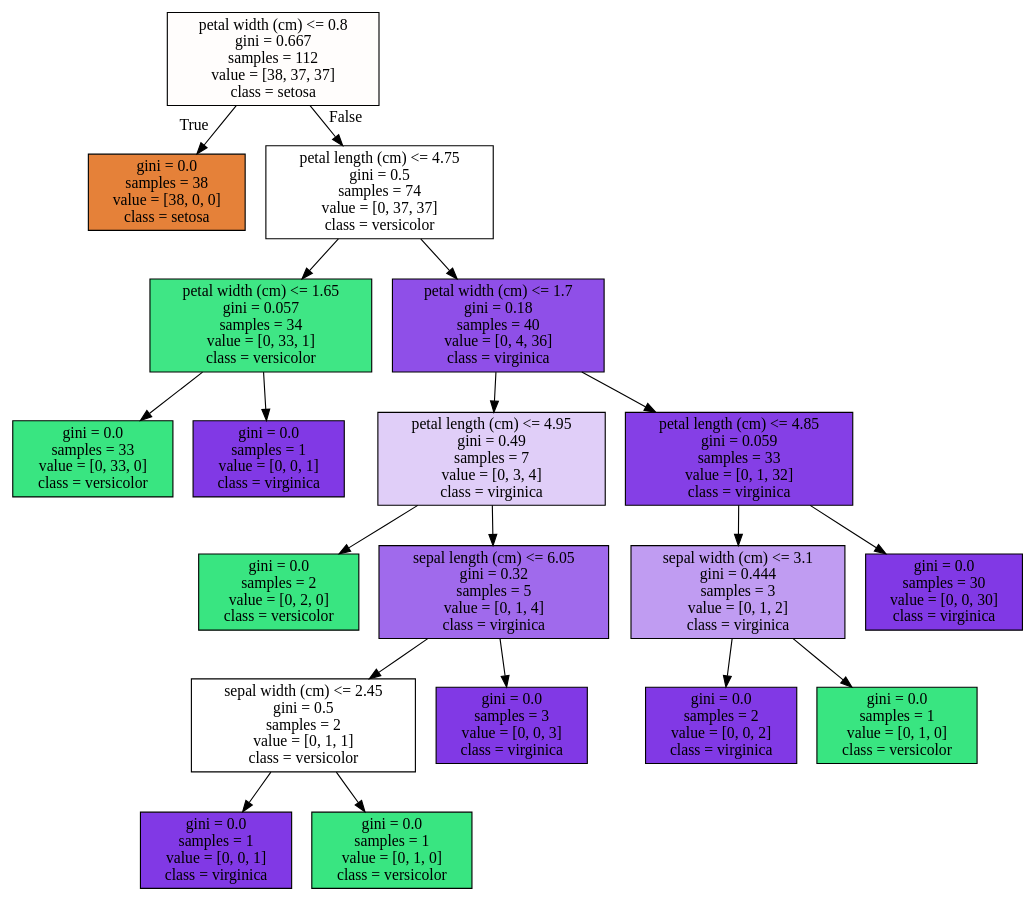
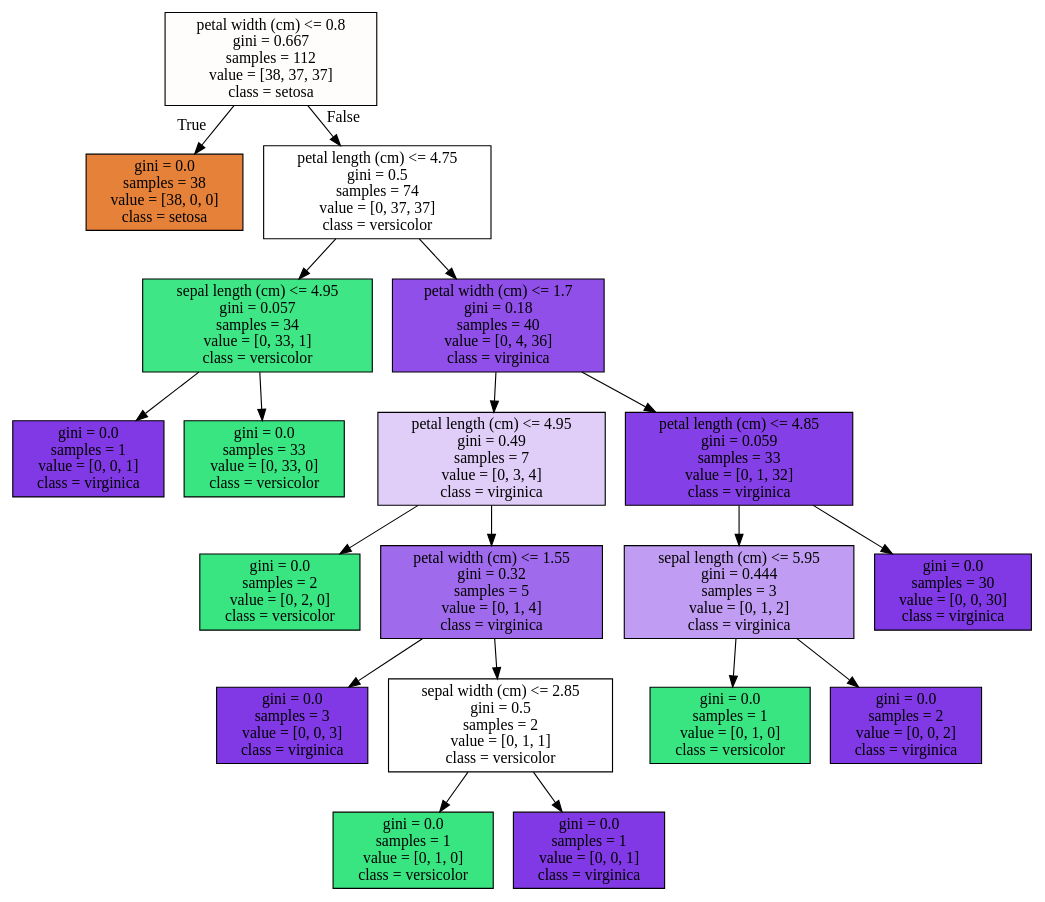
Before and after one commit to dddonghwa/ml-definitive-guide: the diagram in ch04_classification/tree.dot, drawn with Graphviz. The commit also changed 11 other files, not shown here.

```diff
--- a/ch04_classification/tree.dot
+++ b/ch04_classification/tree.dot
@@ -1,40 +1,40 @@
 digraph Tree {
 node [shape=box, style="filled", color="black"] ;
 0 [label="petal width (cm) <= 0.8\ngini = 0.667\nsamples = 112\nvalue = [38, 37, 37]\nclass = setosa", fillcolor="#fffdfc"] ;
 1 [label="gini = 0.0\nsamples = 38\nvalue = [38, 0, 0]\nclass = setosa", fillcolor="#e58139"] ;
 0 -> 1 [labeldistance=2.5, labelangle=45, headlabel="True"] ;
 2 [label="petal length (cm) <= 4.75\ngini = 0.5\nsamples = 74\nvalue = [0, 37, 37]\nclass = versicolor", fillcolor="#ffffff"] ;
 0 -> 2 [labeldistance=2.5, labelangle=-45, headlabel="False"] ;
-3 [label="petal width (cm) <= 1.65\ngini = 0.057\nsamples = 34\nvalue = [0, 33, 1]\nclass = versicolor", fillcolor="#3fe685"] ;
+3 [label="sepal length (cm) <= 4.95\ngini = 0.057\nsamples = 34\nvalue = [0, 33, 1]\nclass = versicolor", fillcolor="#3fe685"] ;
 2 -> 3 ;
-4 [label="gini = 0.0\nsamples = 33\nvalue = [0, 33, 0]\nclass = versicolor", fillcolor="#39e581"] ;
+4 [label="gini = 0.0\nsamples = 1\nvalue = [0, 0, 1]\nclass = virginica", fillcolor="#8139e5"] ;
 3 -> 4 ;
-5 [label="gini = 0.0\nsamples = 1\nvalue = [0, 0, 1]\nclass = virginica", fillcolor="#8139e5"] ;
+5 [label="gini = 0.0\nsamples = 33\nvalue = [0, 33, 0]\nclass = versicolor", fillcolor="#39e581"] ;
 3 -> 5 ;
 6 [label="petal width (cm) <= 1.7\ngini = 0.18\nsamples = 40\nvalue = [0, 4, 36]\nclass = virginica", fillcolor="#8f4fe8"] ;
 2 -> 6 ;
 7 [label="petal length (cm) <= 4.95\ngini = 0.49\nsamples = 7\nvalue = [0, 3, 4]\nclass = virginica", fillcolor="#e0cef8"] ;
 6 -> 7 ;
 8 [label="gini = 0.0\nsamples = 2\nvalue = [0, 2, 0]\nclass = versicolor", fillcolor="#39e581"] ;
 7 -> 8 ;
-9 [label="sepal length (cm) <= 6.05\ngini = 0.32\nsamples = 5\nvalue = [0, 1, 4]\nclass = virginica", fillcolor="#a06aec"] ;
+9 [label="petal width (cm) <= 1.55\ngini = 0.32\nsamples = 5\nvalue = [0, 1, 4]\nclass = virginica", fillcolor="#a06aec"] ;
 7 -> 9 ;
-10 [label="sepal width (cm) <= 2.45\ngini = 0.5\nsamples = 2\nvalue = [0, 1, 1]\nclass = versicolor", fillcolor="#ffffff"] ;
+10 [label="gini = 0.0\nsamples = 3\nvalue = [0, 0, 3]\nclass = virginica", fillcolor="#8139e5"] ;
 9 -> 10 ;
-11 [label="gini = 0.0\nsamples = 1\nvalue = [0, 0, 1]\nclass = virginica", fillcolor="#8139e5"] ;
-10 -> 11 ;
+11 [label="sepal width (cm) <= 2.85\ngini = 0.5\nsamples = 2\nvalue = [0, 1, 1]\nclass = versicolor", fillcolor="#ffffff"] ;
+9 -> 11 ;
 12 [label="gini = 0.0\nsamples = 1\nvalue = [0, 1, 0]\nclass = versicolor", fillcolor="#39e581"] ;
-10 -> 12 ;
-13 [label="gini = 0.0\nsamples = 3\nvalue = [0, 0, 3]\nclass = virginica", fillcolor="#8139e5"] ;
-9 -> 13 ;
+11 -> 12 ;
+13 [label="gini = 0.0\nsamples = 1\nvalue = [0, 0, 1]\nclass = virginica", fillcolor="#8139e5"] ;
+11 -> 13 ;
 14 [label="petal length (cm) <= 4.85\ngini = 0.059\nsamples = 33\nvalue = [0, 1, 32]\nclass = virginica", fillcolor="#853fe6"] ;
 6 -> 14 ;
-15 [label="sepal width (cm) <= 3.1\ngini = 0.444\nsamples = 3\nvalue = [0, 1, 2]\nclass = virginica", fillcolor="#c09cf2"] ;
+15 [label="sepal length (cm) <= 5.95\ngini = 0.444\nsamples = 3\nvalue = [0, 1, 2]\nclass = virginica", fillcolor="#c09cf2"] ;
 14 -> 15 ;
-16 [label="gini = 0.0\nsamples = 2\nvalue = [0, 0, 2]\nclass = virginica", fillcolor="#8139e5"] ;
+16 [label="gini = 0.0\nsamples = 1\nvalue = [0, 1, 0]\nclass = versicolor", fillcolor="#39e581"] ;
 15 -> 16 ;
-17 [label="gini = 0.0\nsamples = 1\nvalue = [0, 1, 0]\nclass = versicolor", fillcolor="#39e581"] ;
+17 [label="gini = 0.0\nsamples = 2\nvalue = [0, 0, 2]\nclass = virginica", fillcolor="#8139e5"] ;
 15 -> 17 ;
 18 [label="gini = 0.0\nsamples = 30\nvalue = [0, 0, 30]\nclass = virginica", fillcolor="#8139e5"] ;
 14 -> 18 ;
 }
```
